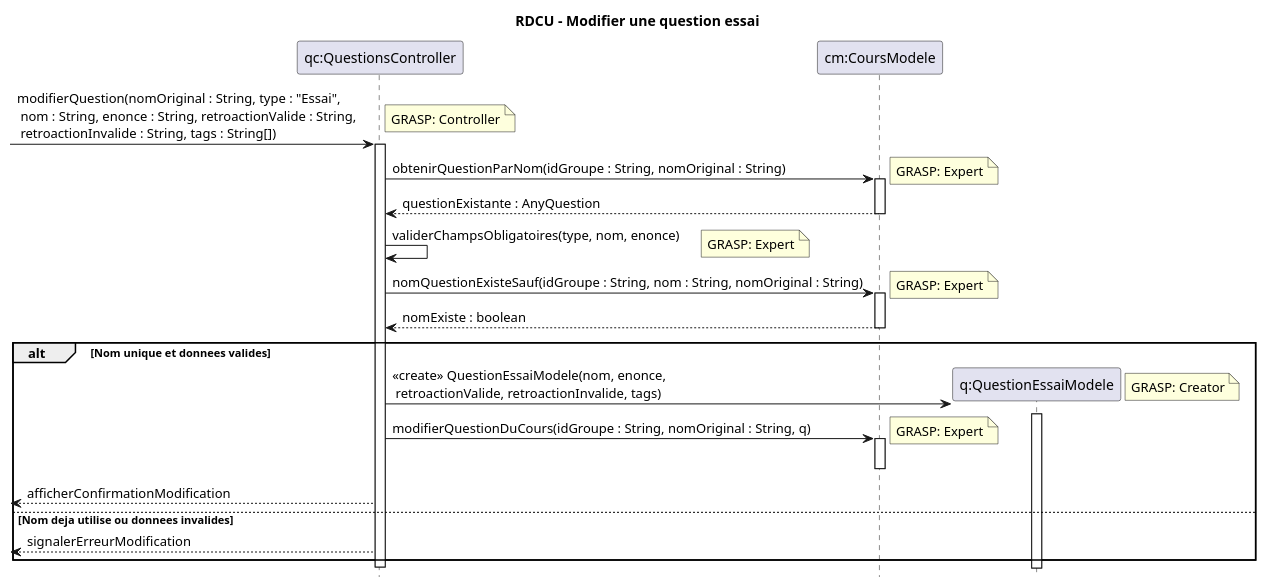
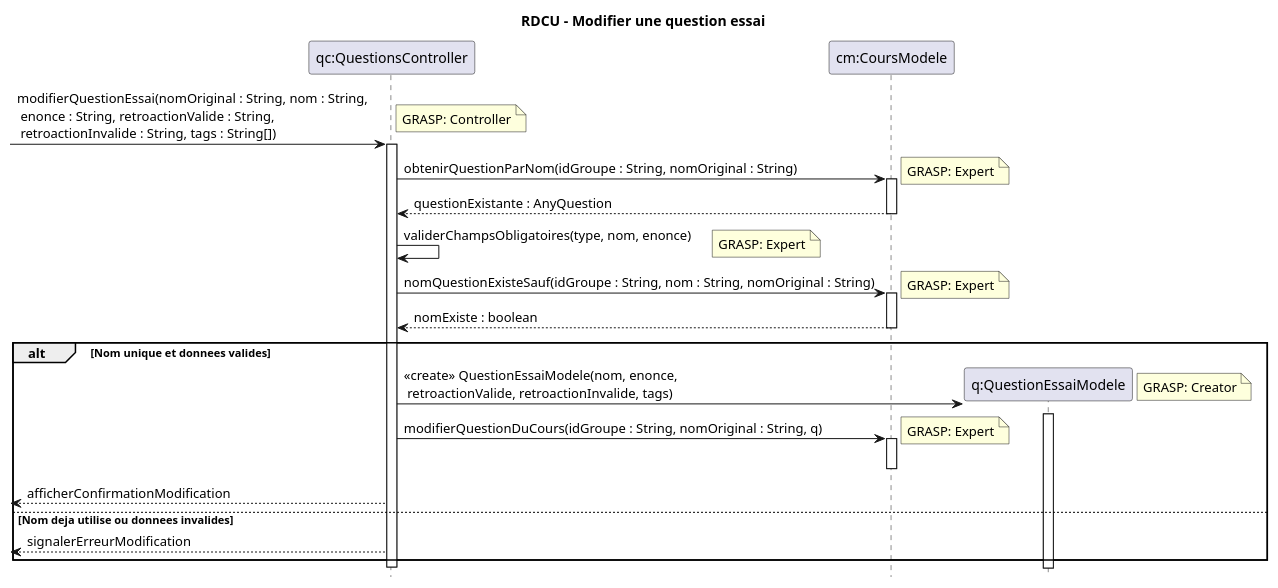
The diagram in docs/modeles/cu02/rdcu-modifier-question-essai.puml (xMrYahya/moodle-clone), drawn with PlantUML before and after one commit. The commit also changed 9 other files, not shown here.

Commit message:
fix de diagrammes

```diff
--- a/docs/modeles/cu02/rdcu-modifier-question-essai.puml
+++ b/docs/modeles/cu02/rdcu-modifier-question-essai.puml
@@ -1,46 +1,46 @@
 @startuml
 hide footbox
 title RDCU - Modifier une question essai
 
 participant "qc:QuestionsController" as QC
 participant "cm:CoursModele" as CM
 participant "q:QuestionEssaiModele" as Q
 
--> QC : modifierQuestion(nomOriginal : String, type : "Essai",\n nom : String, enonce : String, retroactionValide : String,\n retroactionInvalide : String, tags : String[])
+-> QC :modifierQuestionEssai(nomOriginal : String, nom : String,\n enonce : String, retroactionValide : String,\n retroactionInvalide : String, tags : String[])
 note right: GRASP: Controller
 activate QC
 
 QC -> CM : obtenirQuestionParNom(idGroupe : String, nomOriginal : String)
 note right: GRASP: Expert
 activate CM
 CM --> QC : questionExistante : AnyQuestion
 deactivate CM
 
 QC -> QC : validerChampsObligatoires(type, nom, enonce)
 note right: GRASP: Expert
 
 QC -> CM : nomQuestionExisteSauf(idGroupe : String, nom : String, nomOriginal : String)
 note right: GRASP: Expert
 activate CM
 CM --> QC : nomExiste : boolean
 deactivate CM
 
 alt Nom unique et donnees valides
   create Q
   QC -> Q : <<create>> QuestionEssaiModele(nom, enonce,\n retroactionValide, retroactionInvalide, tags)
   note right: GRASP: Creator
   activate Q
   deactivate Q
 
   QC -> CM : modifierQuestionDuCours(idGroupe : String, nomOriginal : String, q)
   note right: GRASP: Expert
   activate CM
   deactivate CM
 
   <-- QC : afficherConfirmationModification
 else Nom deja utilise ou donnees invalides
   <-- QC : signalerErreurModification
 end
 
 deactivate QC
 @enduml
```
